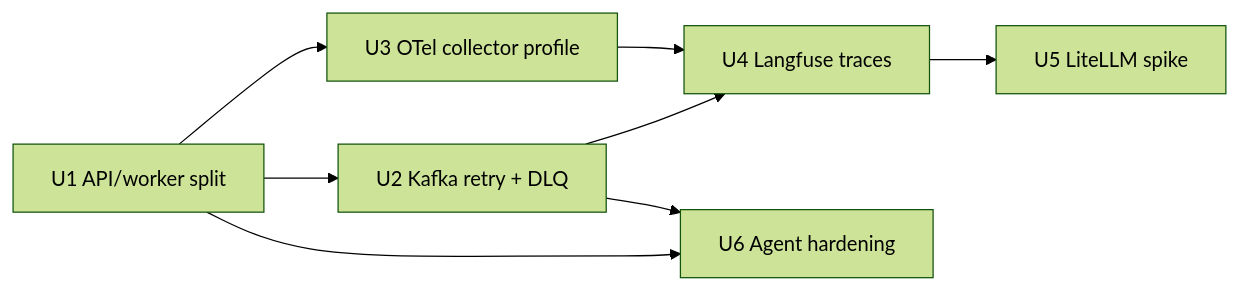
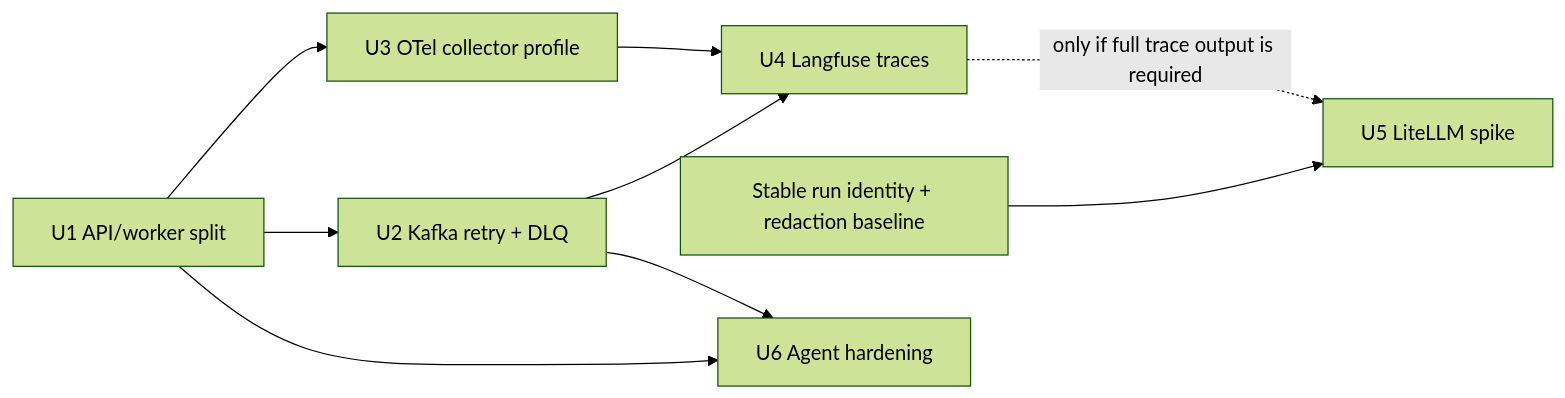
One commit to zzanghyunmoo/ReplaceMe changed the second of 2 diagrams in docs/plans/2026-07-13-001-feat-infra-foundation-roadmap-plan.md. Above: the diagram before and after it, drawn with Mermaid (forest theme). The commit also changed other lines of this file and 18 other files, not shown here.

````diff
--- a/docs/plans/2026-07-13-001-feat-infra-foundation-roadmap-plan.md
+++ b/docs/plans/2026-07-13-001-feat-infra-foundation-roadmap-plan.md
@@ -148,10 +160,11 @@
 ```mermaid
 flowchart LR
   U1[U1 API/worker split] --> U2[U2 Kafka retry + DLQ]
   U1 --> U3[U3 OTel collector profile]
   U2 --> U4[U4 Langfuse traces]
   U3 --> U4
-  U4 --> U5[U5 LiteLLM spike]
+  Identity[Stable run identity + redaction baseline] --> U5[U5 LiteLLM spike]
+  U4 -. only if full trace output is required .-> U5
   U1 --> U6[U6 Agent hardening]
   U2 --> U6
 ```
````
